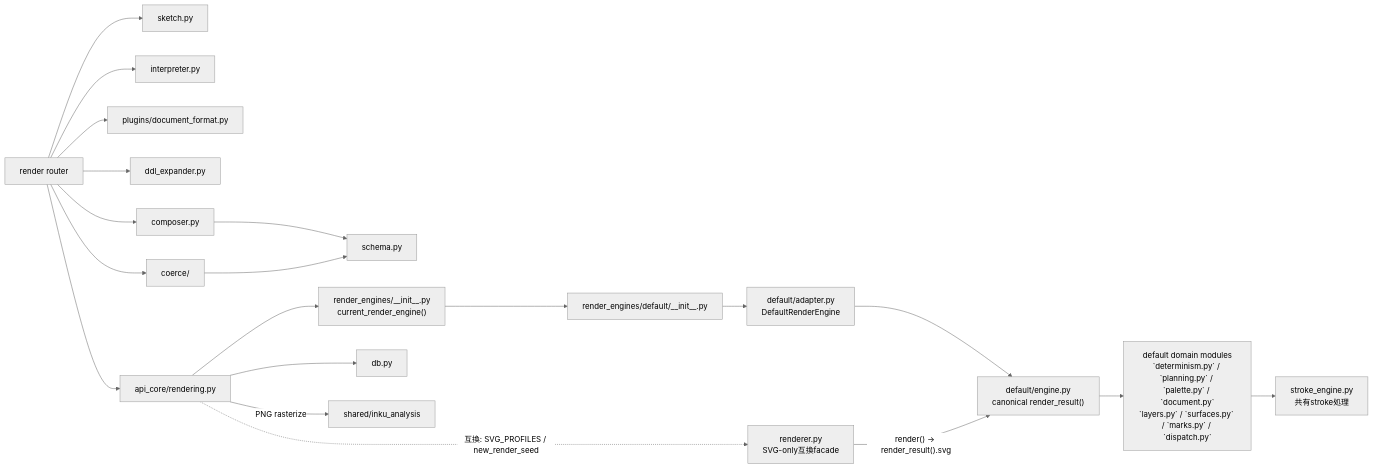
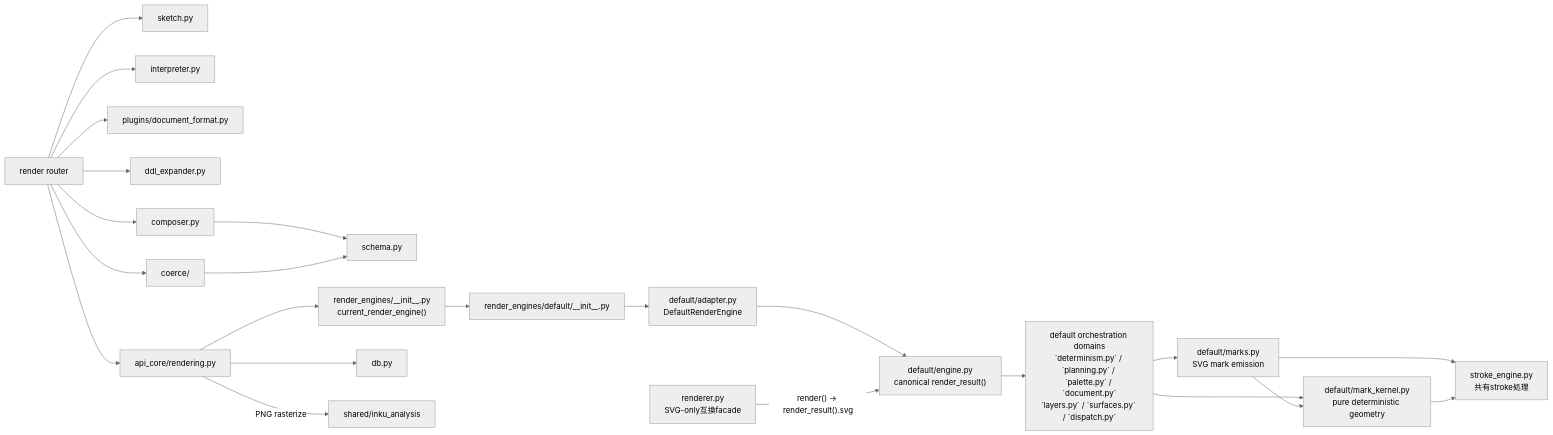
Before and after one commit to oikawas/inku-lang: the second of 2 diagrams in docs/architecture/server-components.ja.md, drawn with Mermaid (neutral theme). The commit also changed other lines of this file and 14 other files, not shown here.

````diff
--- a/docs/architecture/server-components.ja.md
+++ b/docs/architecture/server-components.ja.md
@@ -53,41 +53,46 @@
 ```mermaid
 flowchart LR
     RENDER_ROUTER["render router"]
     SKETCH["sketch.py"]
     INTERPRETER["interpreter.py"]
     PLUGIN_DOC["plugins/document_format.py"]
     EXPANDER["ddl_expander.py"]
     COMPOSER["composer.py"]
     SCHEMA["schema.py"]
     COERCE["coerce/"]
     RENDERING["api_core/rendering.py"]
     REGISTRY["render_engines/__init__.py\ncurrent_render_engine()"]
     DEFAULT_INIT["render_engines/default/__init__.py"]
     ADAPTER["default/adapter.py\nDefaultRenderEngine"]
     ENGINE["default/engine.py\ncanonical render_result()"]
-    DOMAINS["default domain modules\n`determinism.py` / `planning.py` / `palette.py` / `document.py`\n`layers.py` / `surfaces.py` / `marks.py` / `dispatch.py`"]
+    DOMAINS["default orchestration domains\n`determinism.py` / `planning.py` / `palette.py` / `document.py`\n`layers.py` / `surfaces.py` / `dispatch.py`"]
+    MARKS["default/marks.py\nSVG mark emission"]
+    KERNEL["default/mark_kernel.py\npure deterministic geometry"]
     RENDERER["renderer.py\nSVG-only互換facade"]
     STROKE["stroke_engine.py\n共有stroke処理"]
     DB["db.py"]
     ANALYSIS["shared/inku_analysis"]
 
     RENDER_ROUTER --> SKETCH
     RENDER_ROUTER --> INTERPRETER
     RENDER_ROUTER --> PLUGIN_DOC
     RENDER_ROUTER --> EXPANDER
     RENDER_ROUTER --> COMPOSER
     COMPOSER --> SCHEMA
     RENDER_ROUTER --> COERCE
     COERCE --> SCHEMA
     RENDER_ROUTER --> RENDERING
     RENDERING --> REGISTRY
     REGISTRY --> DEFAULT_INIT
     DEFAULT_INIT --> ADAPTER
     ADAPTER --> ENGINE
     ENGINE --> DOMAINS
-    DOMAINS --> STROKE
+    DOMAINS --> MARKS
+    DOMAINS --> KERNEL
+    MARKS --> KERNEL
+    MARKS --> STROKE
+    KERNEL --> STROKE
     RENDERER -->|"render() → render_result().svg"| ENGINE
-    RENDERING -.->|"互換: SVG_PROFILES / new_render_seed"| RENDERER
     RENDERING --> DB
     RENDERING -->|"PNG rasterize"| ANALYSIS
 ```
````
